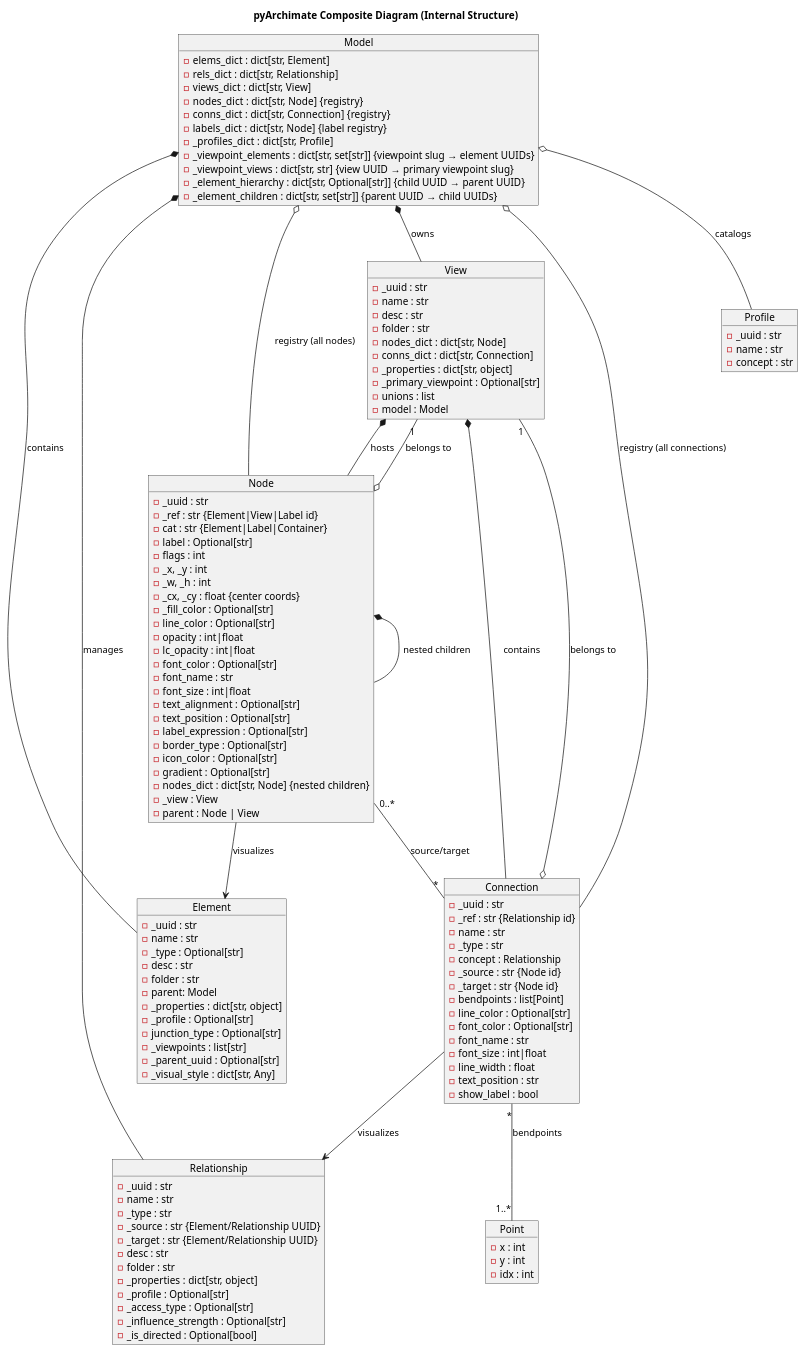
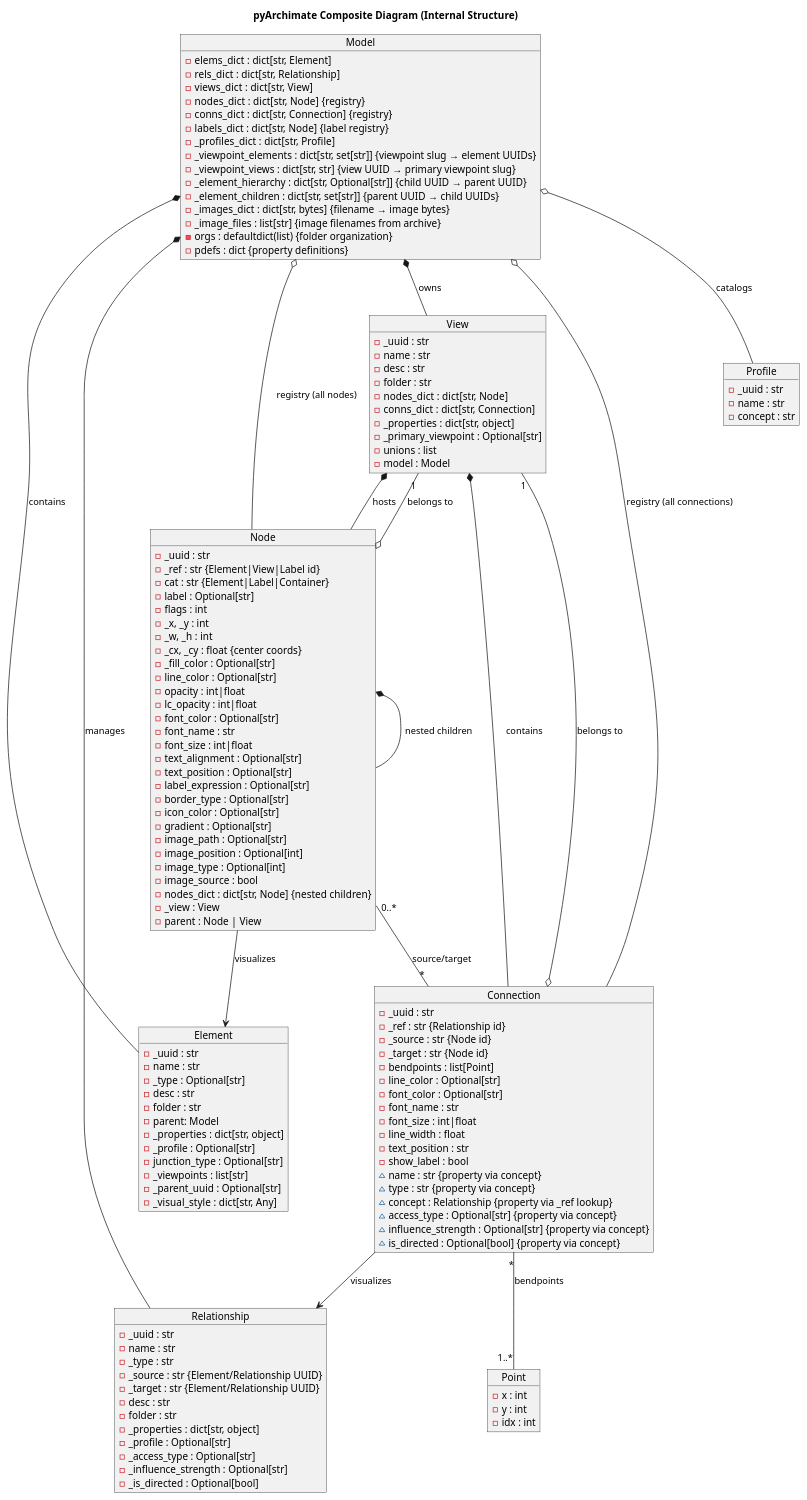
The diagram in docs/diagrams/composite.puml (pyArchimate/pyArchimate), drawn with PlantUML before and after one commit. The commit also changed 21 other files, not shown here.

Commit message:
docs: regenerate diagrams, AI.md, and Sphinx docs pre-release

```diff
--- a/docs/diagrams/composite.puml
+++ b/docs/diagrams/composite.puml
@@ -1,137 +1,148 @@
 @startuml
 title pyArchimate Composite Diagram (Internal Structure)
 
 object Model {
   - elems_dict : dict[str, Element]
   - rels_dict : dict[str, Relationship]
   - views_dict : dict[str, View]
   - nodes_dict : dict[str, Node] {registry}
   - conns_dict : dict[str, Connection] {registry}
   - labels_dict : dict[str, Node] {label registry}
   - _profiles_dict : dict[str, Profile]
   - _viewpoint_elements : dict[str, set[str]] {viewpoint slug → element UUIDs}
   - _viewpoint_views : dict[str, str] {view UUID → primary viewpoint slug}
   - _element_hierarchy : dict[str, Optional[str]] {child UUID → parent UUID}
   - _element_children : dict[str, set[str]] {parent UUID → child UUIDs}
+  - _images_dict : dict[str, bytes] {filename → image bytes}
+  - _image_files : list[str] {image filenames from archive}
+  - orgs : defaultdict(list) {folder organization}
+  - pdefs : dict {property definitions}
 }
 
 object Element {
   - _uuid : str
   - name : str
   - _type : Optional[str]
   - desc : str
   - folder : str
   - parent: Model
   - _properties : dict[str, object]
   - _profile : Optional[str]
   - junction_type : Optional[str]
   - _viewpoints : list[str]
   - _parent_uuid : Optional[str]
   - _visual_style : dict[str, Any]
 }
 
 object Relationship {
   - _uuid : str
   - name : str
   - _type : str
   - _source : str {Element/Relationship UUID}
   - _target : str {Element/Relationship UUID}
   - desc : str
   - folder : str
   - _properties : dict[str, object]
   - _profile : Optional[str]
   - _access_type : Optional[str]
   - _influence_strength : Optional[str]
   - _is_directed : Optional[bool]
 }
 
 object Profile {
   - _uuid : str
   - name : str
   - concept : str
 }
 
 object View {
   - _uuid : str
   - name : str
   - desc : str
   - folder : str
   - nodes_dict : dict[str, Node]
   - conns_dict : dict[str, Connection]
   - _properties : dict[str, object]
   - _primary_viewpoint : Optional[str]
   - unions : list
   - model : Model
 }
 
 object Node {
   - _uuid : str
   - _ref : str {Element|View|Label id}
   - cat : str {Element|Label|Container}
   - label : Optional[str]
   - flags : int
   - _x, _y : int
   - _w, _h : int
   - _cx, _cy : float {center coords}
   - _fill_color : Optional[str]
   - line_color : Optional[str]
   - opacity : int|float
   - lc_opacity : int|float
   - font_color : Optional[str]
   - font_name : str
   - font_size : int|float
   - text_alignment : Optional[str]
   - text_position : Optional[str]
   - label_expression : Optional[str]
   - border_type : Optional[str]
   - icon_color : Optional[str]
   - gradient : Optional[str]
+  - image_path : Optional[str]
+  - image_position : Optional[int]
+  - image_type : Optional[int]
+  - image_source : bool
   - nodes_dict : dict[str, Node] {nested children}
   - _view : View
   - parent : Node | View
 }
 
 object Connection {
   - _uuid : str
   - _ref : str {Relationship id}
-  - name : str
-  - _type : str
-  - concept : Relationship
   - _source : str {Node id}
   - _target : str {Node id}
   - bendpoints : list[Point]
   - line_color : Optional[str]
   - font_color : Optional[str]
   - font_name : str
   - font_size : int|float
   - line_width : float
   - text_position : str
   - show_label : bool
+  ~ name : str {property via concept}
+  ~ type : str {property via concept}
+  ~ concept : Relationship {property via _ref lookup}
+  ~ access_type : Optional[str] {property via concept}
+  ~ influence_strength : Optional[str] {property via concept}
+  ~ is_directed : Optional[bool] {property via concept}
 }
 
 object Point {
   - x : int
   - y : int
   - idx : int
 }
 
 Model *-- Element : contains
 Model *-- Relationship : manages
 Model *-- View : owns
 Model o-- Profile : catalogs
 Model o-- Node : registry (all nodes)
 Model o-- Connection : registry (all connections)
 
 View *-- Node : hosts
 View *-- Connection : contains
 
 Node --> Element : visualizes
 Node *-- Node : nested children
 Node o-- "1" View : belongs to
 Node "0..*" -- "*" Connection : source/target
 
 Connection --> Relationship : visualizes
 Connection o-- "1" View : belongs to
 Connection "*" -- "1..*" Point : bendpoints
 
 @enduml
```
